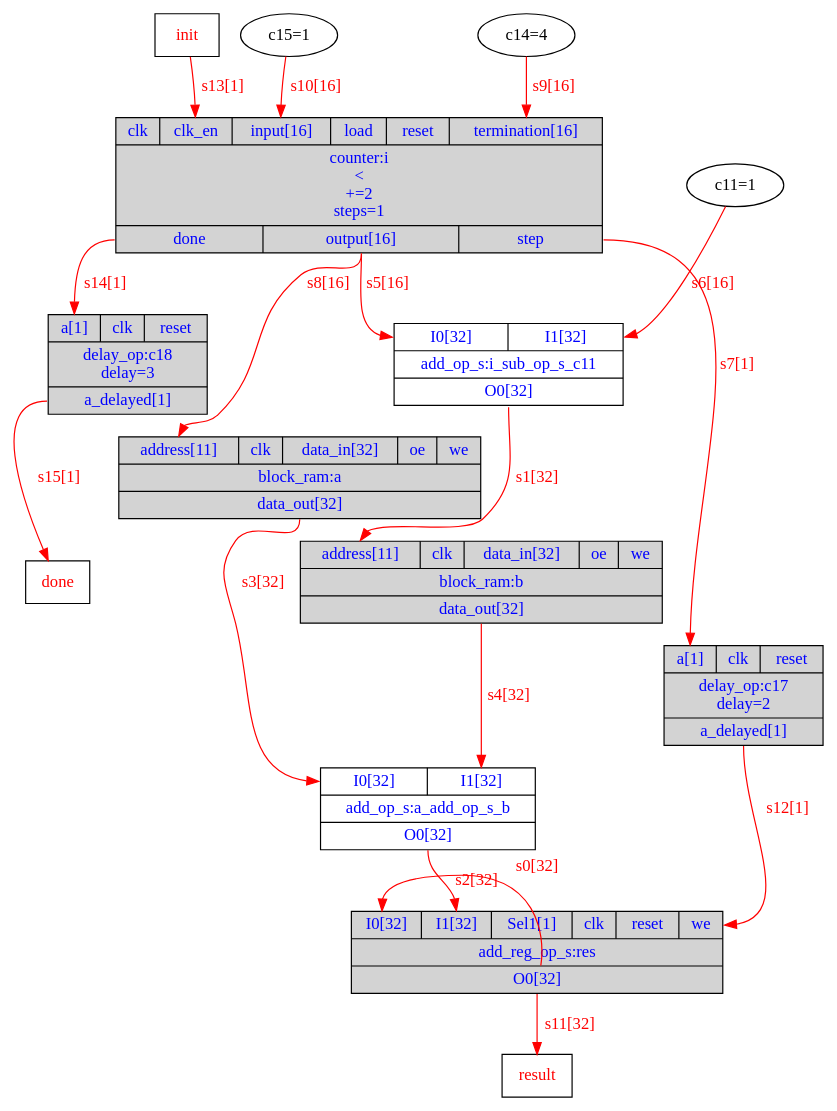
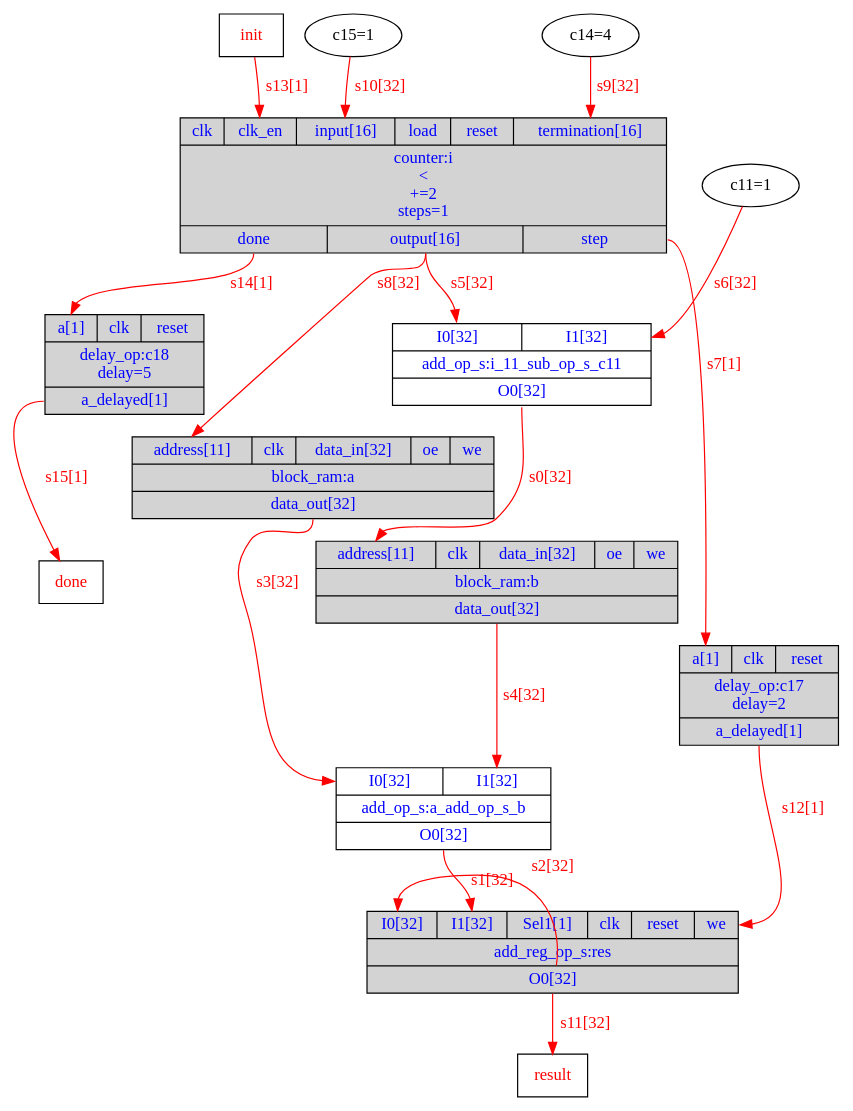
The diagram in branches/LALPC/Exemplos/indiceVec/DOT/Exemplo_HW.dot (menotti/lalp), drawn with Graphviz before and after one commit. The commit also changed 75 other files, not shown here.

```diff
--- a/branches/LALPC/Exemplos/indiceVec/DOT/Exemplo_HW.dot
+++ b/branches/LALPC/Exemplos/indiceVec/DOT/Exemplo_HW.dot
@@ -1,28 +1,28 @@
 digraph diagram {
 // Components (Nodes) 
 "i" [shape=record, fontcolor=blue, style="filled", fillcolor="lightgray", label="{{<clk>clk|<clk_en>clk_en|<input>input[16]|<load>load|<reset>reset|<termination>termination[16]}|counter:i\n\<\n+=2\nsteps=1|{<done>done|<output>output[16]|<step>step}}"]; 
 "res" [shape=record, fontcolor=blue, style="filled", fillcolor="lightgray", label="{{<I0>I0[32]|<I1>I1[32]|<Sel1>Sel1[1]|<clk>clk|<reset>reset|<we>we}|add_reg_op_s:res|{<O0>O0[32]}}"]; 
 "a_add_op_s_b" [shape=record, fontcolor=blue, label="{{<I0>I0[32]|<I1>I1[32]}|add_op_s:a_add_op_s_b|{<O0>O0[32]}}"]; 
 "a" [shape=record, fontcolor=blue, style="filled", fillcolor="lightgray", label="{{<address>address[11]|<clk>clk|<data_in>data_in[32]|<oe>oe|<we>we}|block_ram:a|{<data_out>data_out[32]}}"]; 
 "b" [shape=record, fontcolor=blue, style="filled", fillcolor="lightgray", label="{{<address>address[11]|<clk>clk|<data_in>data_in[32]|<oe>oe|<we>we}|block_ram:b|{<data_out>data_out[32]}}"]; 
-"i_sub_op_s_c11" [shape=record, fontcolor=blue, label="{{<I0>I0[32]|<I1>I1[32]}|add_op_s:i_sub_op_s_c11|{<O0>O0[32]}}"]; 
+"i_11_sub_op_s_c11" [shape=record, fontcolor=blue, label="{{<I0>I0[32]|<I1>I1[32]}|add_op_s:i_11_sub_op_s_c11|{<O0>O0[32]}}"]; 
 "c11" [fontcolor=b label="c11=1"]"init" [shape=msquare fontcolor=red label="init"]"done" [shape=msquare fontcolor=red label="done"]"c14" [fontcolor=b label="c14=4"]"c15" [fontcolor=b label="c15=1"]"result" [shape=msquare fontcolor=red label="result"]"c17" [shape=record, fontcolor=blue, style="filled", fillcolor="lightgray", label="{{<a>a[1]|<clk>clk|<reset>reset}|delay_op:c17\ndelay=2|{<a_delayed>a_delayed[1]}}"]; 
-"c18" [shape=record, fontcolor=blue, style="filled", fillcolor="lightgray", label="{{<a>a[1]|<clk>clk|<reset>reset}|delay_op:c18\ndelay=3|{<a_delayed>a_delayed[1]}}"]; 
+"c18" [shape=record, fontcolor=blue, style="filled", fillcolor="lightgray", label="{{<a>a[1]|<clk>clk|<reset>reset}|delay_op:c18\ndelay=5|{<a_delayed>a_delayed[1]}}"]; 
 // Signals (Edges) 
-"res":O0 -> "res":I0[label="s0[32]" color=red fontcolor=red]; 
-"i_sub_op_s_c11":O0 -> "b":address[label="s1[32]" color=red fontcolor=red]; 
-"a_add_op_s_b":O0 -> "res":I1[label="s2[32]" color=red fontcolor=red]; 
+"i_11_sub_op_s_c11":O0 -> "b":address[label="s0[32]" color=red fontcolor=red]; 
+"a_add_op_s_b":O0 -> "res":I1[label="s1[32]" color=red fontcolor=red]; 
+"res":O0 -> "res":I0[label="s2[32]" color=red fontcolor=red]; 
 "a":data_out -> "a_add_op_s_b":I0[label="s3[32]" color=red fontcolor=red]; 
 "b":data_out -> "a_add_op_s_b":I1[label="s4[32]" color=red fontcolor=red]; 
-"i":output -> "i_sub_op_s_c11":I0[label="s5[16]" color=red fontcolor=red]; 
-"c11":out -> "i_sub_op_s_c11":I1[label="s6[16]" color=red fontcolor=red]; 
+"i":output -> "i_11_sub_op_s_c11":I0[label="s5[32]" color=red fontcolor=red]; 
+"c11":out -> "i_11_sub_op_s_c11":I1[label="s6[32]" color=red fontcolor=red]; 
 "i":step -> "c17":a[label="s7[1]" color=red fontcolor=red]; 
-"i":output -> "a":address[label="s8[16]" color=red fontcolor=red]; 
-"c14":out -> "i":termination[label="s9[16]" color=red fontcolor=red]; 
-"c15":out -> "i":input[label="s10[16]" color=red fontcolor=red]; 
+"i":output -> "a":address[label="s8[32]" color=red fontcolor=red]; 
+"c14":out -> "i":termination[label="s9[32]" color=red fontcolor=red]; 
+"c15":out -> "i":input[label="s10[32]" color=red fontcolor=red]; 
 "res":O0 -> "result":in[label="s11[32]" color=red fontcolor=red]; 
 "c17":a_delayed -> "res":we[label="s12[1]" color=red fontcolor=red]; 
 "init":out -> "i":clk_en[label="s13[1]" color=red fontcolor=red]; 
 "i":done -> "c18":a[label="s14[1]" color=red fontcolor=red]; 
 "c18":a_delayed -> "done":in[label="s15[1]" color=red fontcolor=red]; 
 }
```
